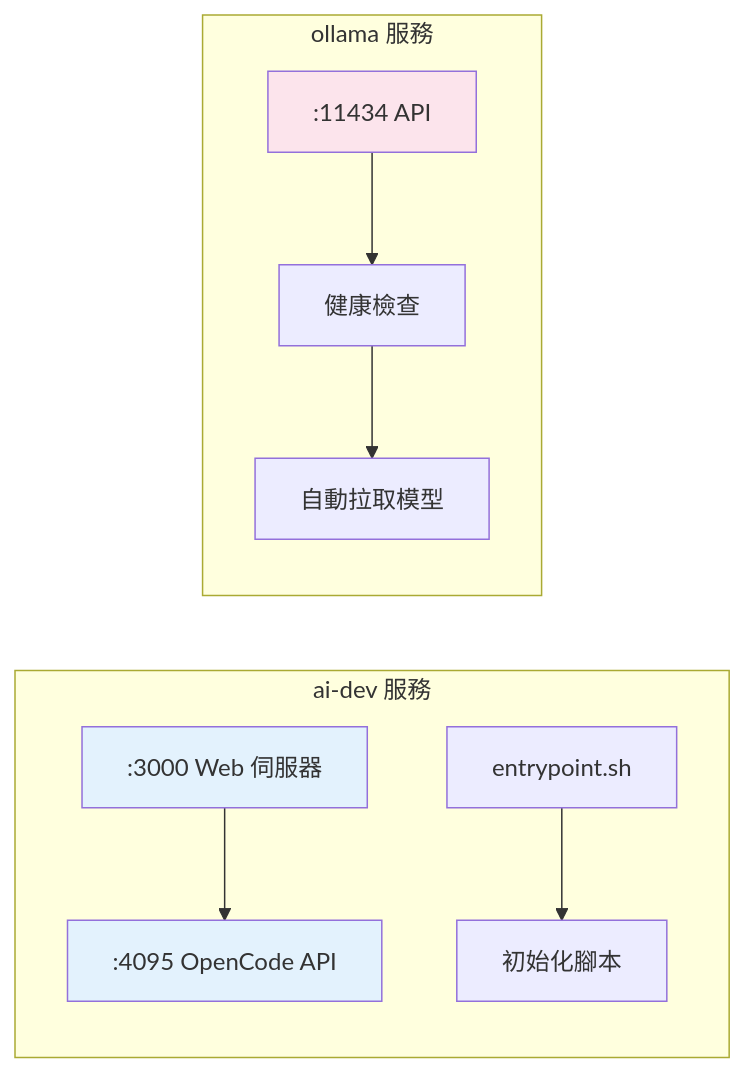
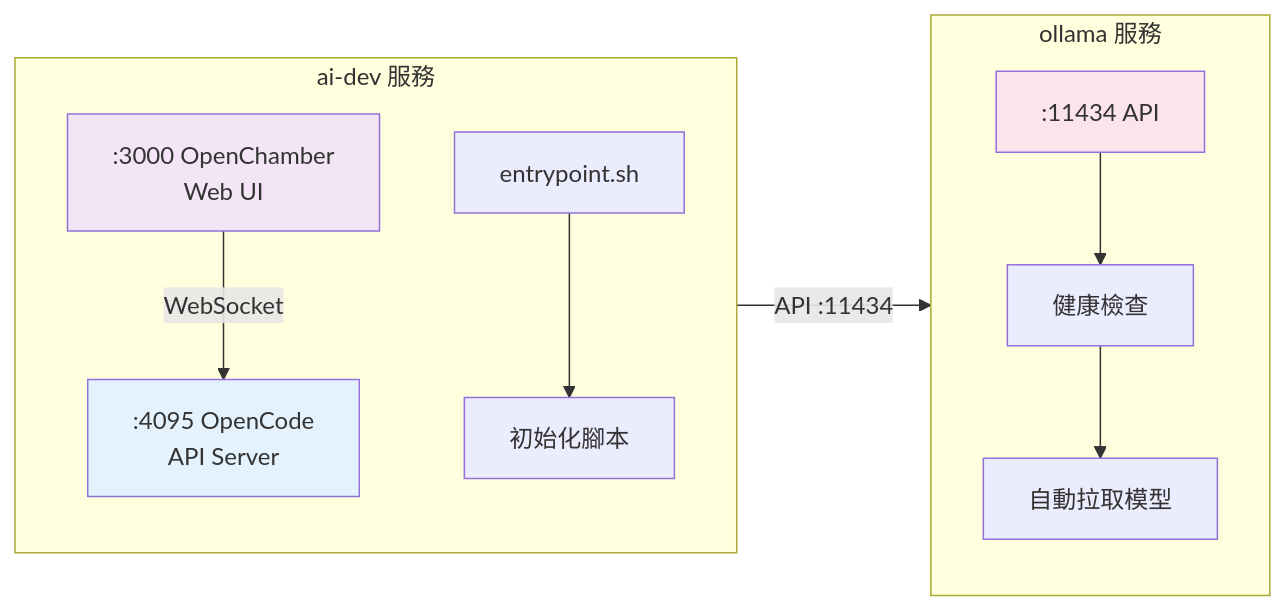
One commit to tryweb/ai-engkit changed the second of 12 diagrams in docs/ARCHITECTURE.md. Above: the diagram before and after it, drawn with Mermaid. The commit also changed other lines of this file and 1 other file, not shown here.

First line of the commit message:
docs: update architecture and changelog for OpenCode/OpenChamber relationship

````diff
--- a/docs/ARCHITECTURE.md
+++ b/docs/ARCHITECTURE.md
@@ -64,26 +67,27 @@
 ```mermaid
 graph LR
     subgraph "ai-dev 服務"
         direction TB
-        PORT3000[":3000 Web 伺服器"]
-        PORT4095[":4095 OpenCode API"]
+        PORT3000[":3000 OpenChamber<br/>Web UI"]
+        OC_API[":4095 OpenCode<br/>API Server"]
         ENTRYPOINT["entrypoint.sh"]
         INIT_SCRIPTS["初始化腳本"]
     end
 
     subgraph "ollama 服務"
         direction TB
         PORT11434[":11434 API"]
         HEALTHCHECK["健康檢查"]
         PULL_MODEL["自動拉取模型"]
     end
 
-    PORT3000 --> PORT4095
+    PORT3000 -->|"WebSocket"| OC_API
+    OC_API -->|"API :11434"| PORT11434
     ENTRYPOINT --> INIT_SCRIPTS
     PORT11434 --> HEALTHCHECK
     HEALTHCHECK --> PULL_MODEL
 
-    style PORT3000 fill:#e3f2fd
-    style PORT4095 fill:#e3f2fd
+    style PORT3000 fill:#f3e5f5
+    style OC_API fill:#e3f2fd
     style PORT11434 fill:#fce4ec
 ```
````
